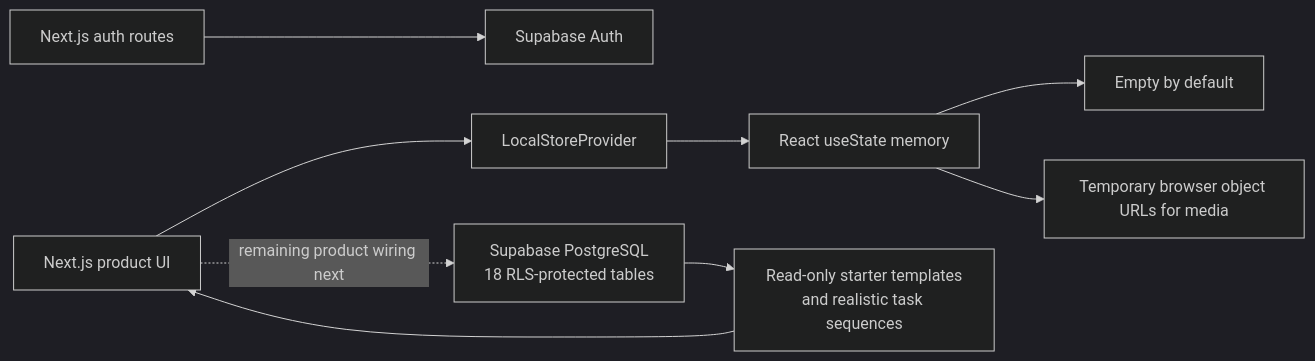
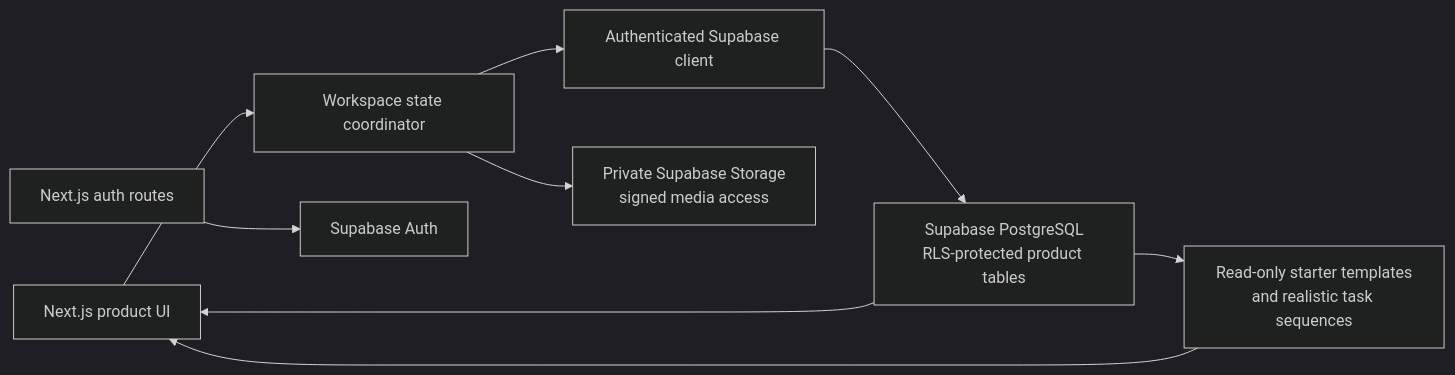
One commit to mzubairhassan18/planisher changed the first of 2 diagrams in docs/CURRENT_STATE_AND_HOSTED_ROADMAP.md. Above: the diagram before and after it, drawn with Mermaid (dark theme). The commit also changed other lines of this file and 23 other files, not shown here.

````diff
--- a/docs/CURRENT_STATE_AND_HOSTED_ROADMAP.md
+++ b/docs/CURRENT_STATE_AND_HOSTED_ROADMAP.md
@@ -32,12 +32,11 @@
 ```mermaid
 flowchart LR
-    UI["Next.js product UI"] --> STORE["LocalStoreProvider"]
-    STORE --> STATE["React useState memory"]
-    STATE --> EMPTY["Empty by default"]
-    STATE --> URLS["Temporary browser object URLs for media"]
+    UI["Next.js product UI"] --> STORE["Workspace state coordinator"]
+    STORE --> DATAAPI["Authenticated Supabase client"]
+    DATAAPI --> DB["Supabase PostgreSQL<br/>RLS-protected product tables"]
+    STORE --> STORAGE["Private Supabase Storage<br/>signed media access"]
     AUTHUI["Next.js auth routes"] --> AUTH["Supabase Auth"]
-    DB["Supabase PostgreSQL<br/>18 RLS-protected tables"]
     DB --> CATALOG["Read-only starter templates<br/>and realistic task sequences"]
     CATALOG --> UI
-    UI -. "remaining product wiring next" .-> DB
+    DB --> UI
 ```
````
